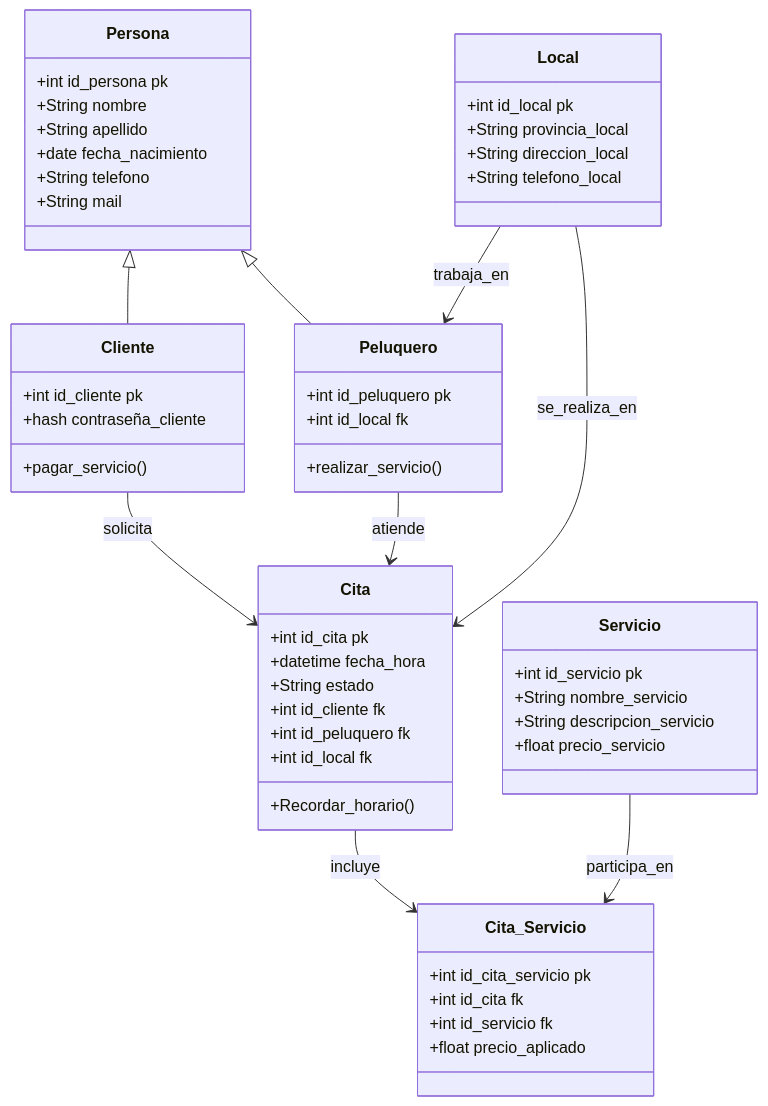
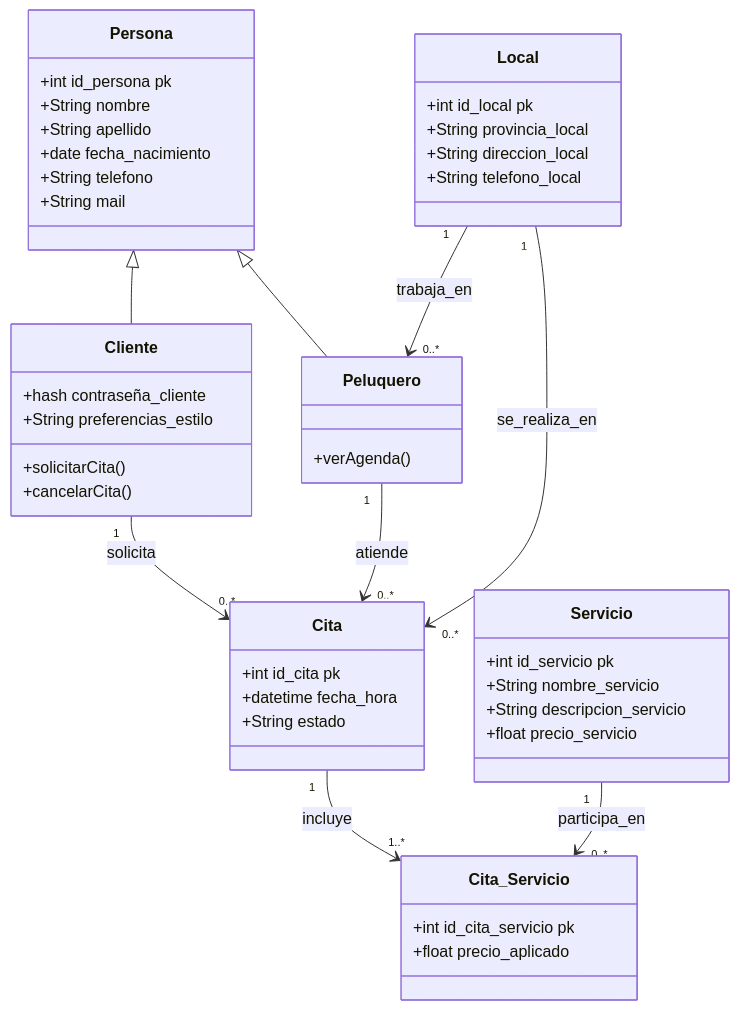
One commit to Vago132/PeluqueriaLinguVago changed the diagram in Tp-1/PeluqueriaUMLtest.mmd. Above: the diagram before and after it, drawn with Mermaid.

```diff
--- a/Tp-1/PeluqueriaUMLtest.mmd
+++ b/Tp-1/PeluqueriaUMLtest.mmd
@@ -1,61 +1,54 @@
 classDiagram
     Persona <|-- Cliente
     Persona <|-- Peluquero
-    Cliente --> Cita : solicita
-    Peluquero --> Cita : atiende
-    Local --> Cita : se_realiza_en
-    Local --> Peluquero : trabaja_en
-    Cita --> Cita_Servicio : incluye
-    Servicio --> Cita_Servicio : participa_en
+    Cliente "1" -->  "0..*" Cita : solicita
+    Peluquero "1" -->  "0..*" Cita : atiende
+    Local "1" -->  "0..*" Cita : se_realiza_en
+    Local "1" -->  "0..*" Peluquero : trabaja_en
+    Cita "1" -->  "1..*" Cita_Servicio : incluye
+    Servicio "1" -->  "0..*" Cita_Servicio : participa_en
 
-    class Persona {
+        class Persona {
         +int id_persona pk
         +String nombre
         +String apellido
         +date fecha_nacimiento
         +String telefono
         +String mail
     }
 
     class Peluquero {
-        +int id_peluquero pk
-        +int id_local fk
-        +realizar_servicio()
+        +verAgenda()
     }
 
     class Cliente {
-        +int id_cliente pk
         +hash contraseña_cliente
-        +pagar_servicio()
+        +String preferencias_estilo
+        +solicitarCita()
+        +cancelarCita()
     }
 
     class Servicio{
         +int id_servicio pk
         +String nombre_servicio
         +String descripcion_servicio
         +float precio_servicio
     }
 
     class Local{
         +int id_local pk
         +String provincia_local
         +String direccion_local
         +String telefono_local
     }
     
     class Cita {
         +int id_cita pk
         +datetime fecha_hora
         +String estado
-        +int id_cliente fk
-        +int id_peluquero fk
-        +int id_local fk
-        +Recordar_horario()
     }
 
     class Cita_Servicio{
         +int id_cita_servicio pk
-        +int id_cita fk
-        +int id_servicio fk
         +float precio_aplicado
     } 
```
